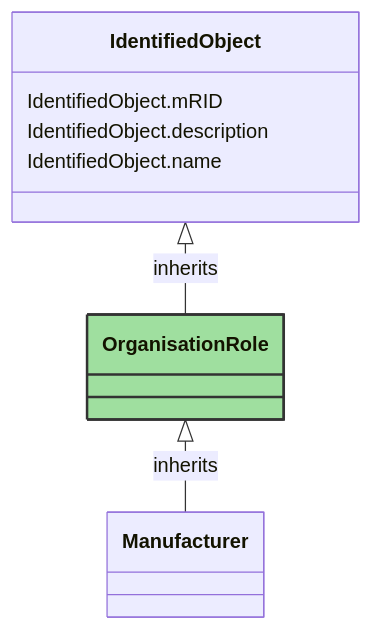
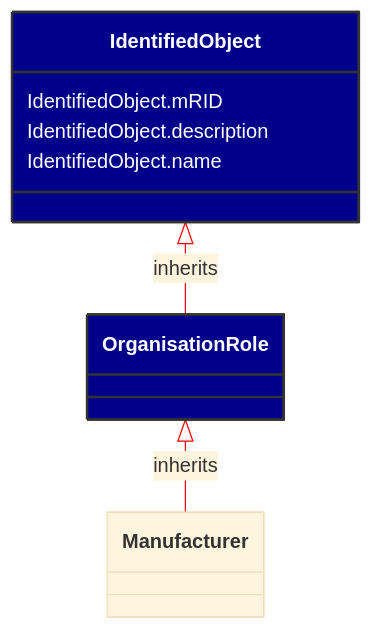
Before and after one commit to 3lbits/NoCIMExtensions: the diagram in docs/Models/Profiles/SubseaCableInfo/AbstractClasses/OrganisationRole.md, drawn with Mermaid. The commit also changed 58 other files, not shown here.

````diff
--- a/docs/Models/Profiles/SubseaCableInfo/AbstractClasses/OrganisationRole.md
+++ b/docs/Models/Profiles/SubseaCableInfo/AbstractClasses/OrganisationRole.md
@@ -10,24 +10,25 @@
 ```mermaid
+%%{init: {'theme':'base','themeVariables': {'lineColor': '#FF0000'}}}%%
 classDiagram
     class OrganisationRole
     click OrganisationRole href "/Models/Profiles/SubseaCableInfo/AbstractClasses/OrganisationRole/"
-    style OrganisationRole fill:#9fdf9f,stroke:#333,stroke-width:2px,rx:10,ry:10
+    style OrganisationRole fill:#006400,stroke:#333,stroke-width:2px,rx:10,ry:10,color:white
 
         OrganisationRole <|-- Manufacturer : inherits
             click OrganisationRole href "/Models/Profiles/SubseaCableInfo/AbstractClasses/OrganisationRole/"
-            style OrganisationRole rx:10,ry:10
+            style OrganisationRole fill:#00008B,stroke:#333,stroke-width:2px,rx:10,ry:10,color:white
 
         Manufacturer
             click Manufacturer href "/Models/Profiles/SubseaCableInfo/ConcreteClasses/Manufacturer/"
-            style Manufacturer rx:10,ry:10
+            style OrganisationRole fill:#00008B,stroke:#333,stroke-width:2px,rx:10,ry:10,color:white
 
         IdentifiedObject <|-- OrganisationRole : inherits
             click IdentifiedObject href "/Models/Profiles/SubseaCableInfo/AbstractClasses/IdentifiedObject/"
-            style IdentifiedObject rx:10,ry:10
+            style IdentifiedObject fill:#00008B,stroke:#333,stroke-width:2px,rx:10,ry:10,color:white
 
 
 
         IdentifiedObject : IdentifiedObject.mRID
         IdentifiedObject : IdentifiedObject.description
         IdentifiedObject : IdentifiedObject.name
 ```
````
